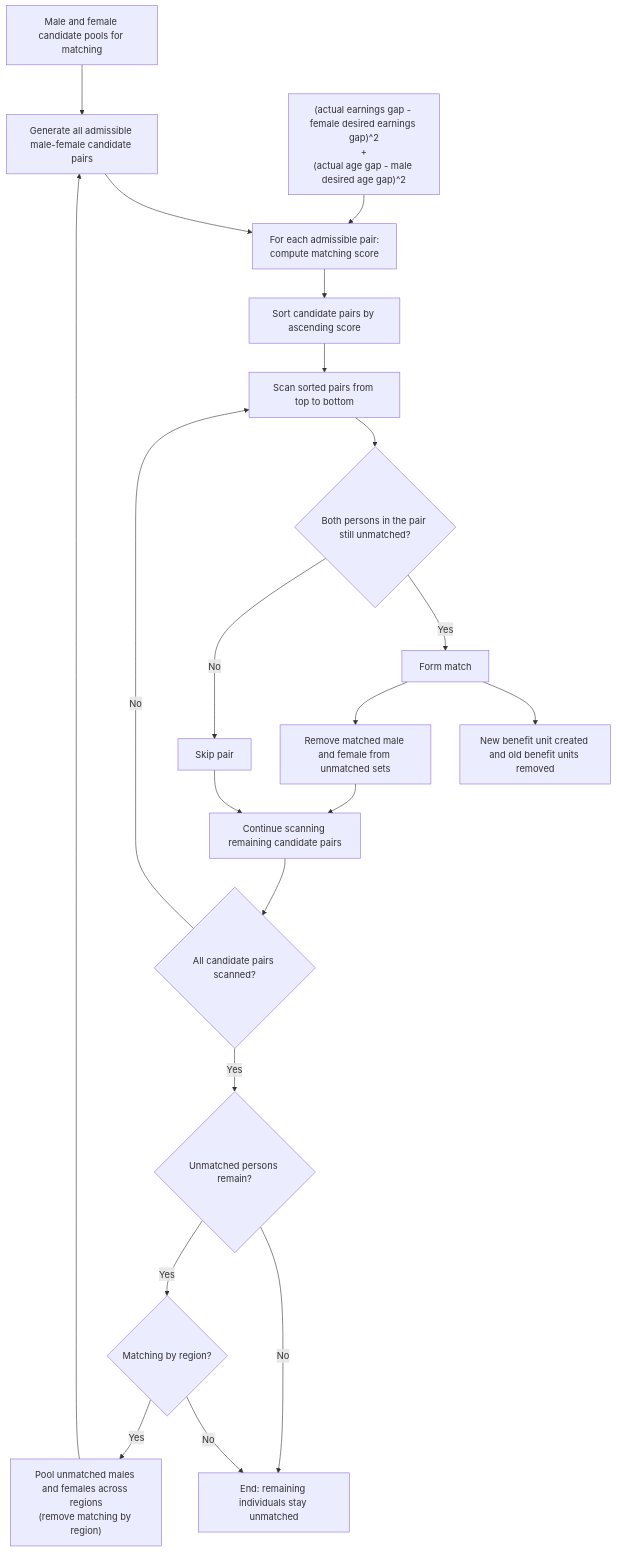
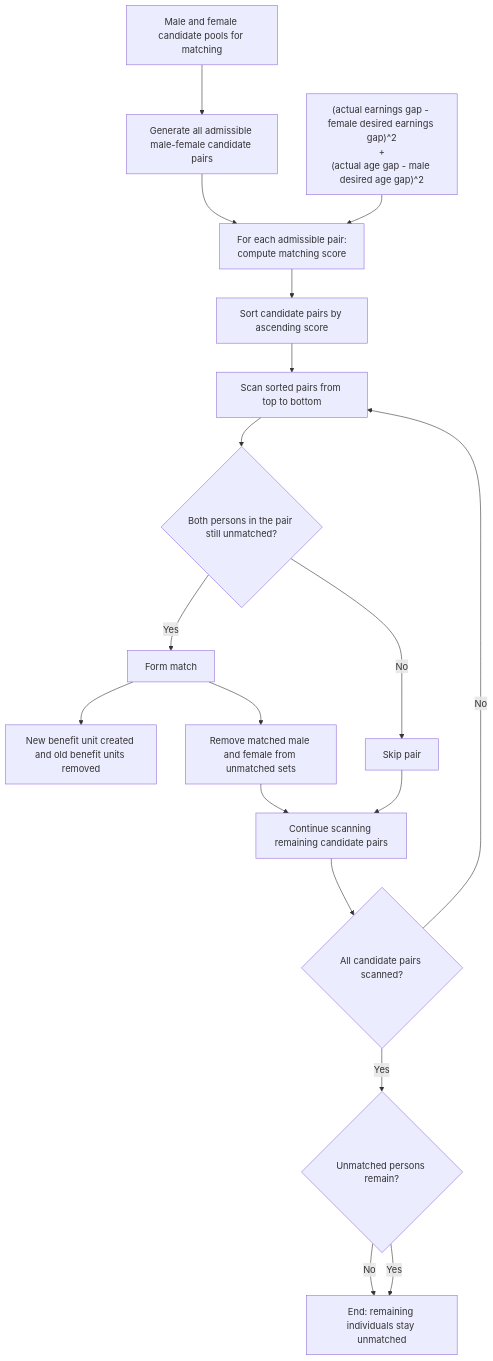
Before and after one commit to centreformicrosimulation/SimPaths: the diagram in documentation/flowcharts/modules/union_matching.md, drawn with Mermaid. The commit also changed other lines of this file and 3 other files, not shown here.

````diff
--- a/documentation/flowcharts/modules/union_matching.md
+++ b/documentation/flowcharts/modules/union_matching.md
@@ -13,28 +13,25 @@
 ```mermaid
 flowchart TD
     A["Male and female candidate pools for matching"] --> B["Generate all admissible male-female candidate pairs"]
-    J["Pool unmatched males and females across regions<br/>(remove matching by region)"] --> B
 
     B --> C["For each admissible pair:<br/>compute matching score"]
     S["(actual earnings gap - female desired earnings gap)^2<br/>+<br/>(actual age gap - male desired age gap)^2"] --> C
 
     C --> D["Sort candidate pairs by ascending score"]
     D --> E["Scan sorted pairs from top to bottom"]
     E --> F{"Both persons in the pair still unmatched?"}
 
     F -- Yes --> G["Form match"]
     G --> H["New benefit unit created and old benefit units removed"]
     G --> I["Remove matched male and female from unmatched sets"]
     I --> K["Continue scanning remaining candidate pairs"]
 
     F -- No --> L["Skip pair"]
     L --> K
 
     K --> M{"All candidate pairs scanned?"}
     M -- No --> E
     M -- Yes --> N{"Unmatched persons remain?"}
     N -- No --> O["End: remaining individuals stay unmatched"]
-    N -- Yes --> P{"Matching by region?"}
-    P -- No --> O
-    P -- Yes --> J
+    N -- Yes --> O
 ```
````
